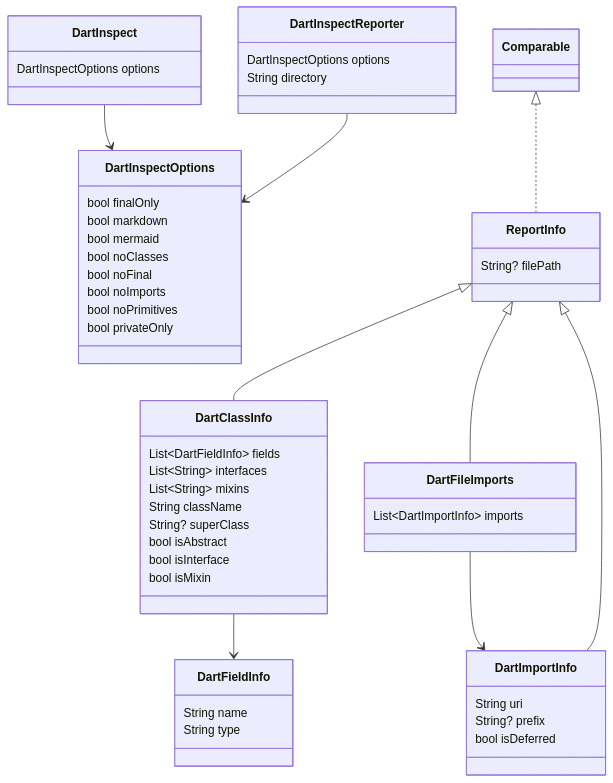
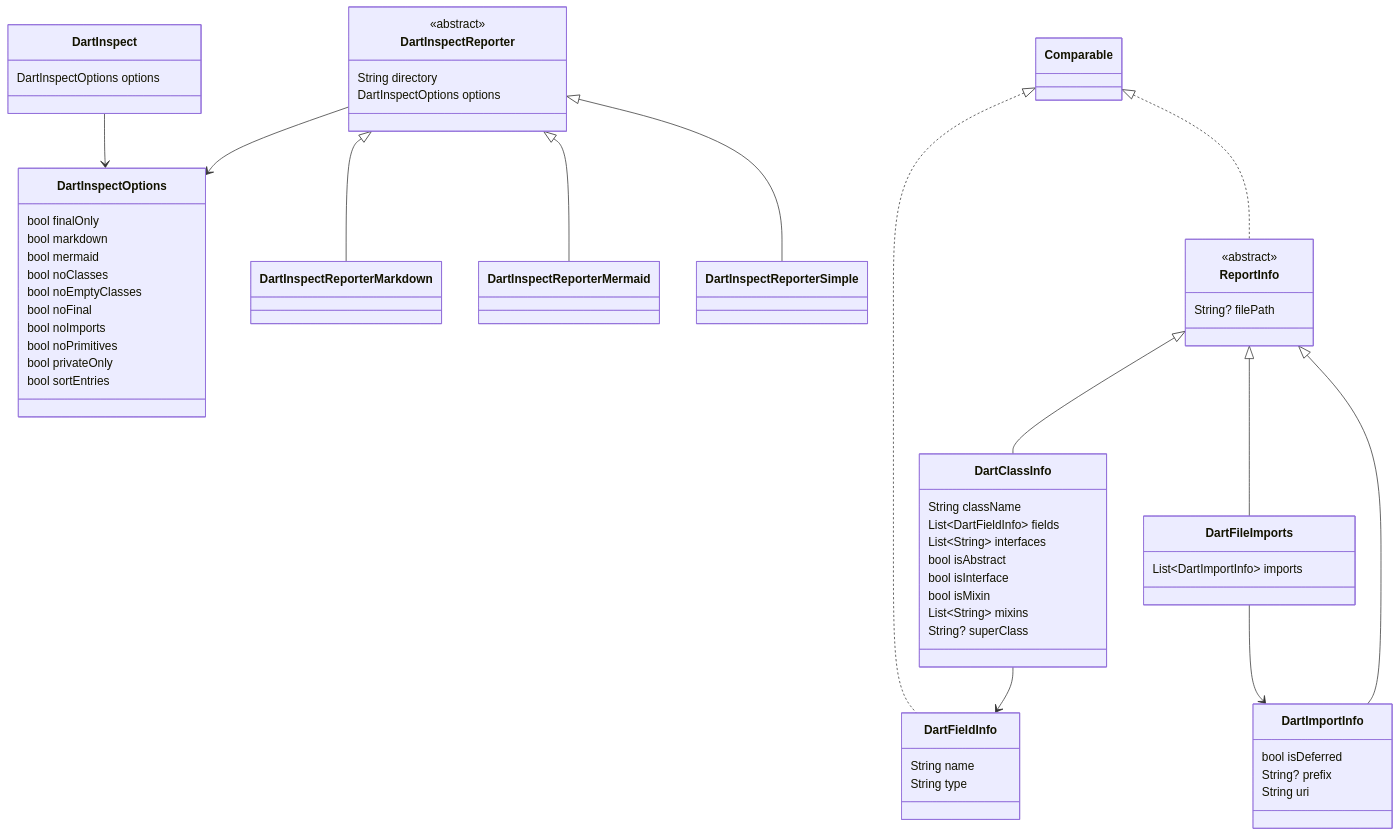
Before and after one commit to gmpassos/dart_inspect: the diagram in classes.mmd, drawn with Mermaid. The commit also changed 2 other files, not shown here.

Commit message:
♻️ fix(reporter_mermaid): print stereotypes inside class block instead of inline

```diff
--- a/classes.mmd
+++ b/classes.mmd
@@ -1,65 +1,82 @@
 %% Dart Inspect - Mermaid Report
 %% Directory: .
-%% Options: --mermaid
+%% Options: --mermaid, --sort-entries
 
 classDiagram
 
   class DartClassInfo {
+    String className
     List&lt;DartFieldInfo&gt; fields
     List&lt;String&gt; interfaces
-    List&lt;String&gt; mixins
-    String className
-    String? superClass
     bool isAbstract
     bool isInterface
     bool isMixin
+    List&lt;String&gt; mixins
+    String? superClass
   }
 
   class DartFieldInfo {
     String name
     String type
   }
 
   class DartFileImports {
     List&lt;DartImportInfo&gt; imports
   }
 
   class DartImportInfo {
+    bool isDeferred
+    String? prefix
     String uri
-    String? prefix
-    bool isDeferred
   }
 
   class DartInspect {
     DartInspectOptions options
   }
 
   class DartInspectOptions {
     bool finalOnly
     bool markdown
     bool mermaid
     bool noClasses
+    bool noEmptyClasses
     bool noFinal
     bool noImports
     bool noPrimitives
     bool privateOnly
+    bool sortEntries
   }
 
   class DartInspectReporter {
+    <<abstract>>
+    String directory
     DartInspectOptions options
-    String directory
+  }
+
+  class DartInspectReporterMarkdown {
+  }
+
+  class DartInspectReporterMermaid {
+  }
+
+  class DartInspectReporterSimple {
   }
 
   class ReportInfo {
+    <<abstract>>
     String? filePath
   }
 
   %% Relationships
+  Comparable <|.. DartFieldInfo
   Comparable <|.. ReportInfo
   DartClassInfo --> DartFieldInfo
   DartFileImports --> DartImportInfo
   DartInspect --> DartInspectOptions
   DartInspectReporter --> DartInspectOptions
+  DartInspectReporter <|-- DartInspectReporterMarkdown
+  DartInspectReporter <|-- DartInspectReporterMermaid
+  DartInspectReporter <|-- DartInspectReporterSimple
   ReportInfo <|-- DartClassInfo
   ReportInfo <|-- DartFileImports
   ReportInfo <|-- DartImportInfo
```
